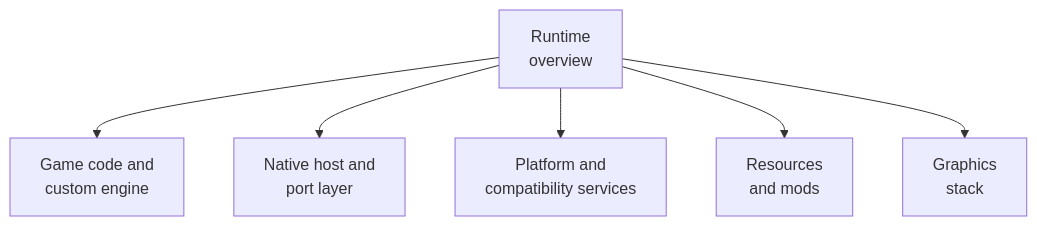
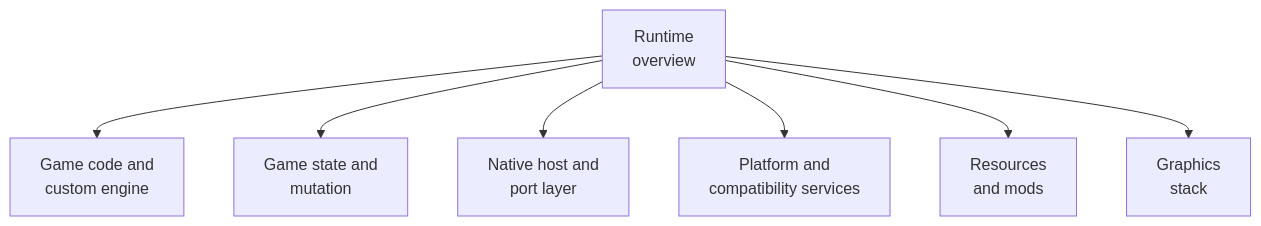
The third of 7 diagrams in docs/architecture/Runtime.md (irregularthanis/SpaghettiKart), drawn with Mermaid before and after one commit. The commit also changed other lines of this file and 6 other files, not shown here.

Commit message:
docs: explain game state ownership and mutation

````diff
--- a/docs/architecture/Runtime.md
+++ b/docs/architecture/Runtime.md
@@ -61,15 +82,17 @@
 ```mermaid
 flowchart TD
     Runtime["Runtime<br/>overview"]
     Game["Game code and<br/>custom engine"]
+    State["Game state and<br/>mutation"]
     Host["Native host and<br/>port layer"]
     Services["Platform and<br/>compatibility services"]
     Resources["Resources<br/>and mods"]
     Graphics["Graphics<br/>stack"]
 
     Runtime --> Game
+    Runtime --> State
     Runtime --> Host
     Runtime --> Services
     Runtime --> Resources
     Runtime --> Graphics
 ```
````
